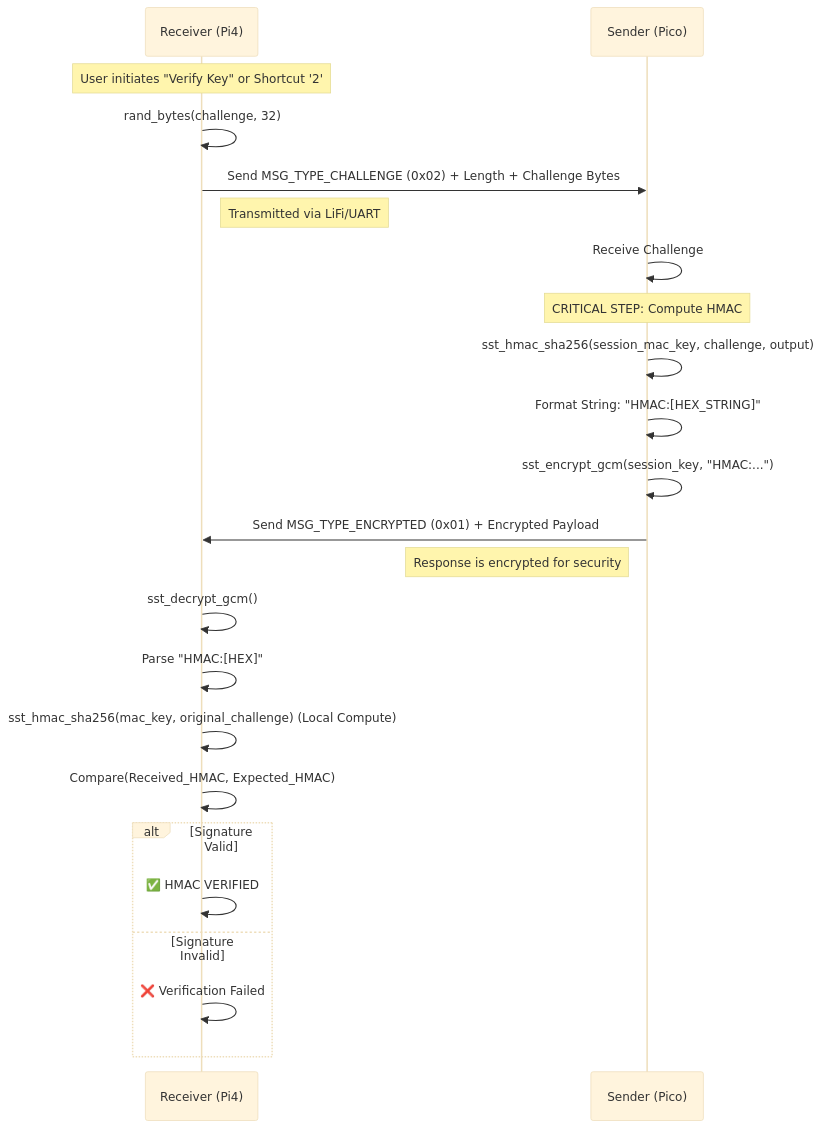
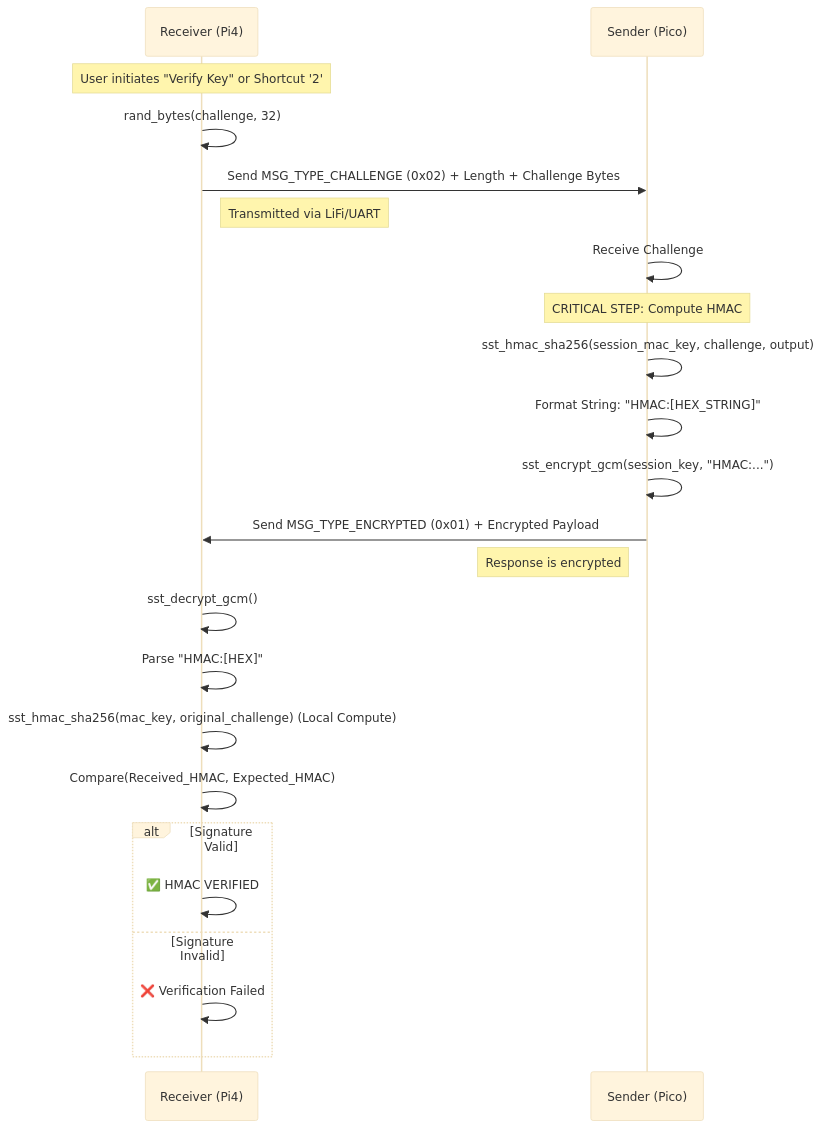
One commit to iotauth/lifi-auth changed the diagram in diagrams/hmac_challenge.md. Above: the diagram before and after it, drawn with Mermaid (base theme). The commit also changed 3 other files, not shown here.

Commit message:
diagrams for ask_receiver and flash_receiver

````diff
--- a/diagrams/hmac_challenge.md
+++ b/diagrams/hmac_challenge.md
@@ -5,34 +5,34 @@
 ```mermaid
 sequenceDiagram
     participant Pi4 as Receiver (Pi4)
     participant Pico as Sender (Pico)
 
     Note over Pi4: User initiates "Verify Key" or Shortcut '2'
     Pi4->>Pi4: rand_bytes(challenge, 32)
     
     Pi4->>Pico: Send MSG_TYPE_CHALLENGE (0x02) + Length + Challenge Bytes
     Note right of Pi4: Transmitted via LiFi/UART
     
     Pico->>Pico: Receive Challenge
     
     Note over Pico: CRITICAL STEP: Compute HMAC
     Pico->>Pico: sst_hmac_sha256(session_mac_key, challenge, output)
     
     Pico->>Pico: Format String: "HMAC:[HEX_STRING]"
     Pico->>Pico: sst_encrypt_gcm(session_key, "HMAC:...")
     
     Pico->>Pi4: Send MSG_TYPE_ENCRYPTED (0x01) + Encrypted Payload
-    Note left of Pico: Response is encrypted for security
+    Note left of Pico: Response is encrypted
     
     Pi4->>Pi4: sst_decrypt_gcm()
     Pi4->>Pi4: Parse "HMAC:[HEX]"
     
     Pi4->>Pi4: sst_hmac_sha256(mac_key, original_challenge) (Local Compute)
     Pi4->>Pi4: Compare(Received_HMAC, Expected_HMAC)
     
     alt Signature Valid
         Pi4->>Pi4: ✅ HMAC VERIFIED
     else Signature Invalid
         Pi4->>Pi4: ❌ Verification Failed
     end
 ```
````
